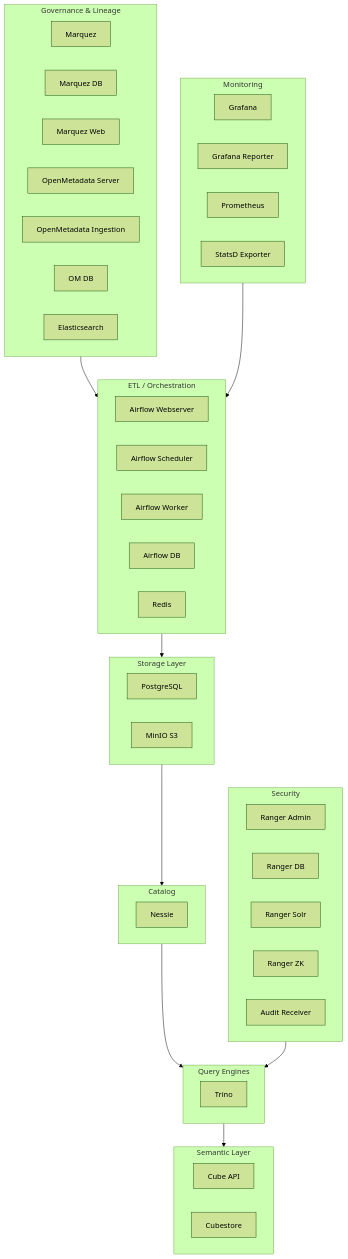
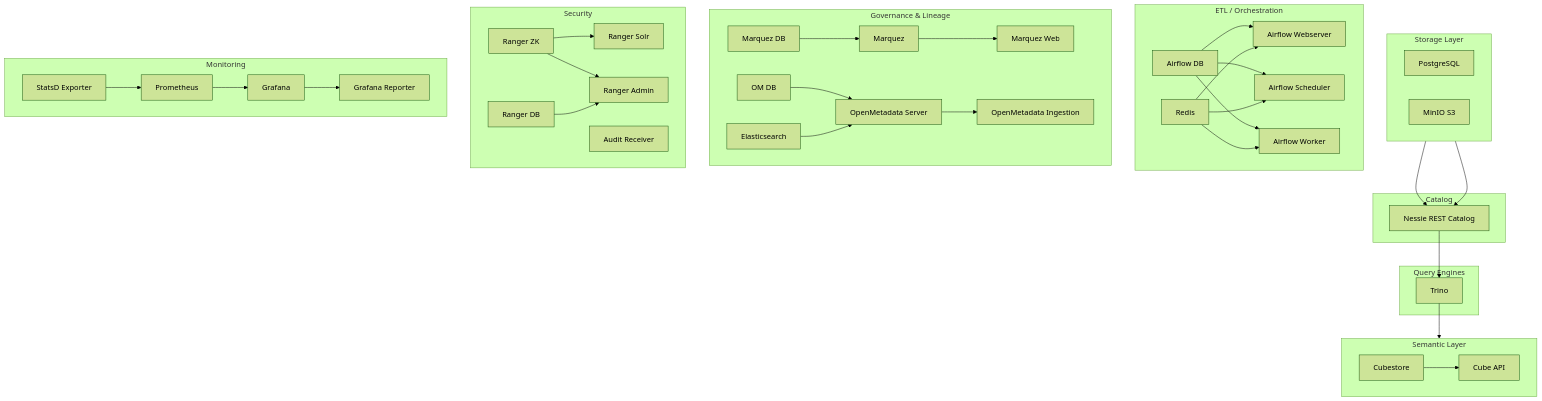
Before and after one commit to chilakos/lakehouse: the diagram in docs/architecture/diagrams/detailed-architecture.mmd, drawn with Mermaid (forest theme). The commit also changed 3 other files, not shown here.

First line of the commit message:
feat(06-01): render marketecture and detailed architecture HTML pages

```diff
--- a/docs/architecture/diagrams/detailed-architecture.mmd
+++ b/docs/architecture/diagrams/detailed-architecture.mmd
@@ -1,59 +1,98 @@
 flowchart TD
     subgraph Storage["Storage Layer"]
+        direction LR
         postgres[PostgreSQL]
         minio[MinIO S3]
     end
 
     subgraph Catalog["Catalog"]
-        nessie[Nessie]
+        nessie[Nessie REST Catalog]
     end
 
     subgraph QueryEngines["Query Engines"]
         trino[Trino]
     end
 
     subgraph ETL["ETL / Orchestration"]
+        direction LR
         airflow-ws[Airflow Webserver]
         airflow-sched[Airflow Scheduler]
         airflow-worker[Airflow Worker]
         airflow-db[Airflow DB]
         redis[Redis]
     end
 
     subgraph SemanticLayer["Semantic Layer"]
+        direction LR
         cube-api[Cube API]
         cubestore[Cubestore]
     end
 
-    subgraph Governance["Governance & Lineage"]
+    subgraph GovernanceLineage["Governance & Lineage"]
+        direction LR
         marquez[Marquez]
         marquez-db[Marquez DB]
         marquez-web[Marquez Web]
         om-server[OpenMetadata Server]
         om-ingestion[OpenMetadata Ingestion]
         om-db[OM DB]
         elasticsearch[Elasticsearch]
     end
 
-    subgraph Security["Security"]
+    subgraph SecurityLayer["Security"]
+        direction LR
         ranger-admin[Ranger Admin]
         ranger-db[Ranger DB]
         ranger-solr[Ranger Solr]
         ranger-zk[Ranger ZK]
         audit-receiver[Audit Receiver]
     end
 
     subgraph Monitoring["Monitoring"]
+        direction LR
         grafana[Grafana]
         grafana-reporter[Grafana Reporter]
         prometheus[Prometheus]
         statsd-exporter[StatsD Exporter]
     end
 
-    Storage --> Catalog
-    Catalog --> QueryEngines
-    QueryEngines --> SemanticLayer
-    ETL --> Storage
-    Governance --> ETL
-    Security --> QueryEngines
-    Monitoring --> ETL
+    %% Core data path
+    postgres --> nessie
+    minio --> nessie
+    nessie --> trino
+    trino --> cube-api
+    cubestore --> cube-api
+
+    %% ETL dependencies
+    airflow-db --> airflow-ws
+    airflow-db --> airflow-sched
+    airflow-db --> airflow-worker
+    redis --> airflow-ws
+    redis --> airflow-sched
+    redis --> airflow-worker
+
+    %% Governance dependencies
+    marquez-db --> marquez
+    marquez --> marquez-web
+    om-db --> om-server
+    elasticsearch --> om-server
+    om-server --> om-ingestion
+
+    %% Security dependencies
+    ranger-zk --> ranger-solr
+    ranger-zk --> ranger-admin
+    ranger-db --> ranger-admin
+
+    %% Monitoring dependencies
+    statsd-exporter --> prometheus
+    prometheus --> grafana
+    grafana --> grafana-reporter
+
+    classDef storageStyle fill:#2563eb,stroke:#1a2332,color:#fff
+    classDef catalogStyle fill:#7c3aed,stroke:#1a2332,color:#fff
+    classDef queryStyle fill:#059669,stroke:#1a2332,color:#fff
+    classDef etlStyle fill:#d97706,stroke:#1a2332,color:#fff
+    classDef semanticStyle fill:#0891b2,stroke:#1a2332,color:#fff
+    classDef govStyle fill:#be185d,stroke:#1a2332,color:#fff
+    classDef secStyle fill:#dc2626,stroke:#1a2332,color:#fff
+    classDef monStyle fill:#65a30d,stroke:#1a2332,color:#fff
```
